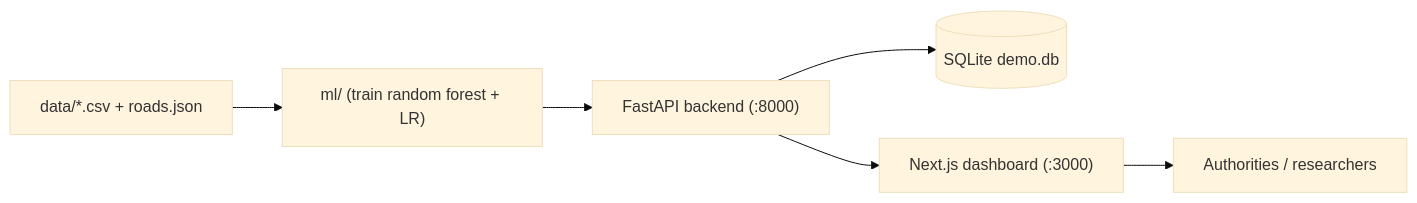
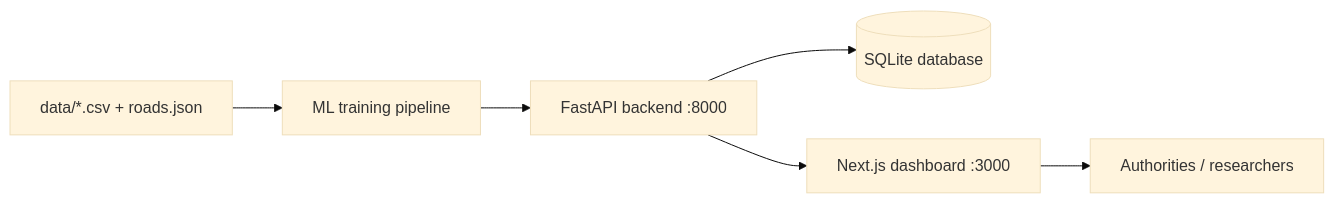
The diagram in README.md (Piyush-Sagar/Disease-Outbreak-Prediction-and-Response-Planner), drawn with Mermaid (base theme) before and after one commit. The commit also changed other lines of this file and 18 other files, not shown here.

````diff
--- a/README.md
+++ b/README.md
@@ -91,8 +104,8 @@
 ```mermaid
 flowchart LR
-    CSV["data/*.csv + roads.json"] --> ML["ml/ (train random forest + LR)"]
-    ML --> API["FastAPI backend (:8000)"]
-    API --> DB[(SQLite demo.db)]
-    API --> FRONT["Next.js dashboard (:3000)"]
-    FRONT --> USER[Authorities / researchers]
+    CSV["data/*.csv + roads.json"] --> ML["ML training pipeline"]
+    ML --> API["FastAPI backend :8000"]
+    API --> DB[(SQLite database)]
+    API --> FRONT["Next.js dashboard :3000"]
+    FRONT --> USER["Authorities / researchers"]
 ```
````
